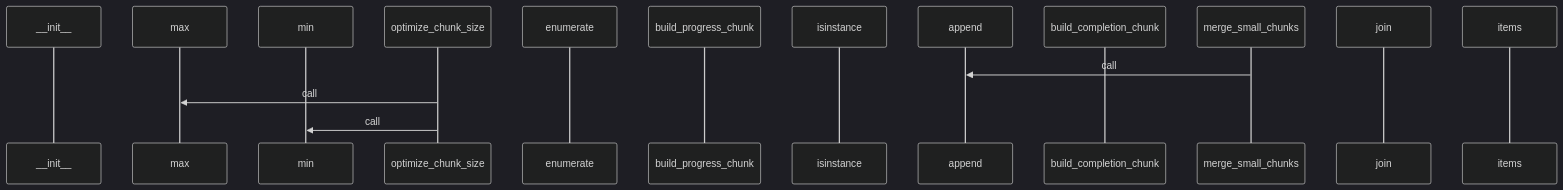
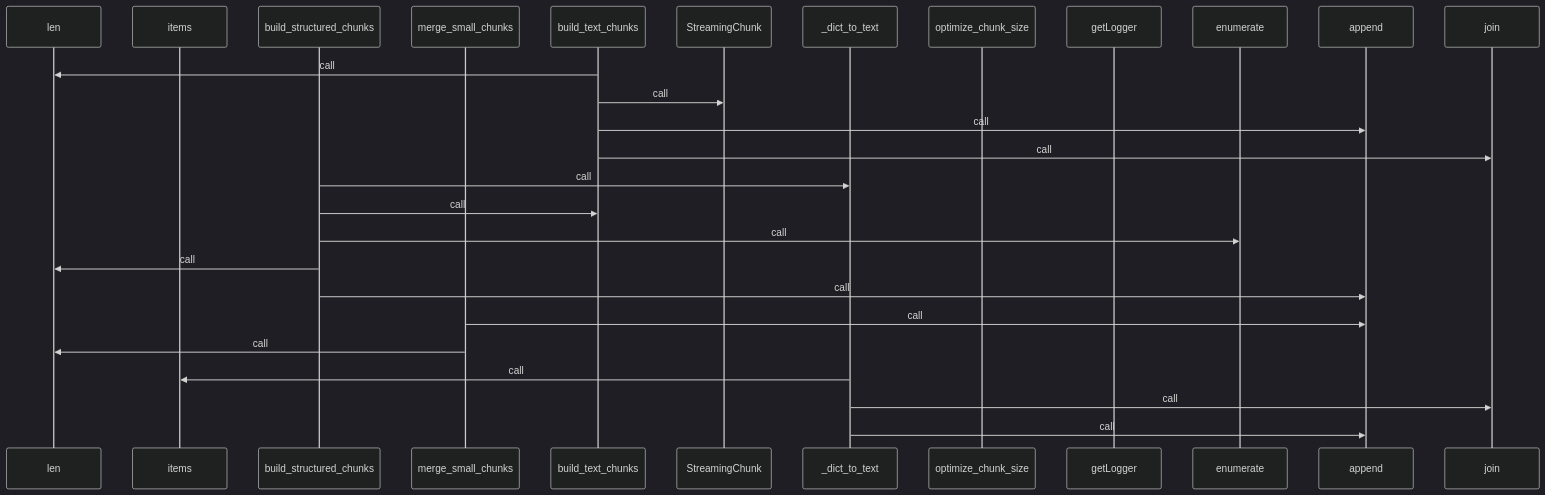
Before and after one commit to yeonjae-personal/codemuse-backend: the third of 4 diagrams in generated_docs/rule_analyzer/streaming/utils/chunk_builder.md, drawn with Mermaid (dark theme). The commit also changed other lines of this file and 3991 other files, not shown here.

First line of the commit message:
feat: 워크플로우 개선 및 핵심 문서 자동 생성 구현

````diff
--- a/generated_docs/rule_analyzer/streaming/utils/chunk_builder.md
+++ b/generated_docs/rule_analyzer/streaming/utils/chunk_builder.md
@@ -183,18 +183,29 @@
 ```mermaid
 sequenceDiagram
-  participant __init__ as __init__
-  participant max as max
-  participant min as min
+  participant len as len
+  participant items as items
+  participant build_structured_chunks as build_structured_chunks
+  participant merge_small_chunks as merge_small_chunks
+  participant build_text_chunks as build_text_chunks
+  participant StreamingChunk as StreamingChunk
+  participant _dict_to_text as _dict_to_text
   participant optimize_chunk_size as optimize_chunk_size
+  participant getLogger as getLogger
   participant enumerate as enumerate
-  participant build_progress_chunk as build_progress_chunk
-  participant isinstance as isinstance
   participant append as append
-  participant build_completion_chunk as build_completion_chunk
-  participant merge_small_chunks as merge_small_chunks
   participant join as join
-  participant items as items
+  build_text_chunks->>len: call
+  build_text_chunks->>StreamingChunk: call
+  build_text_chunks->>append: call
+  build_text_chunks->>join: call
+  build_structured_chunks->>_dict_to_text: call
+  build_structured_chunks->>build_text_chunks: call
+  build_structured_chunks->>enumerate: call
+  build_structured_chunks->>len: call
+  build_structured_chunks->>append: call
   merge_small_chunks->>append: call
-  optimize_chunk_size->>max: call
-  optimize_chunk_size->>min: call
+  merge_small_chunks->>len: call
+  _dict_to_text->>items: call
+  _dict_to_text->>join: call
+  _dict_to_text->>append: call
 ```
````
